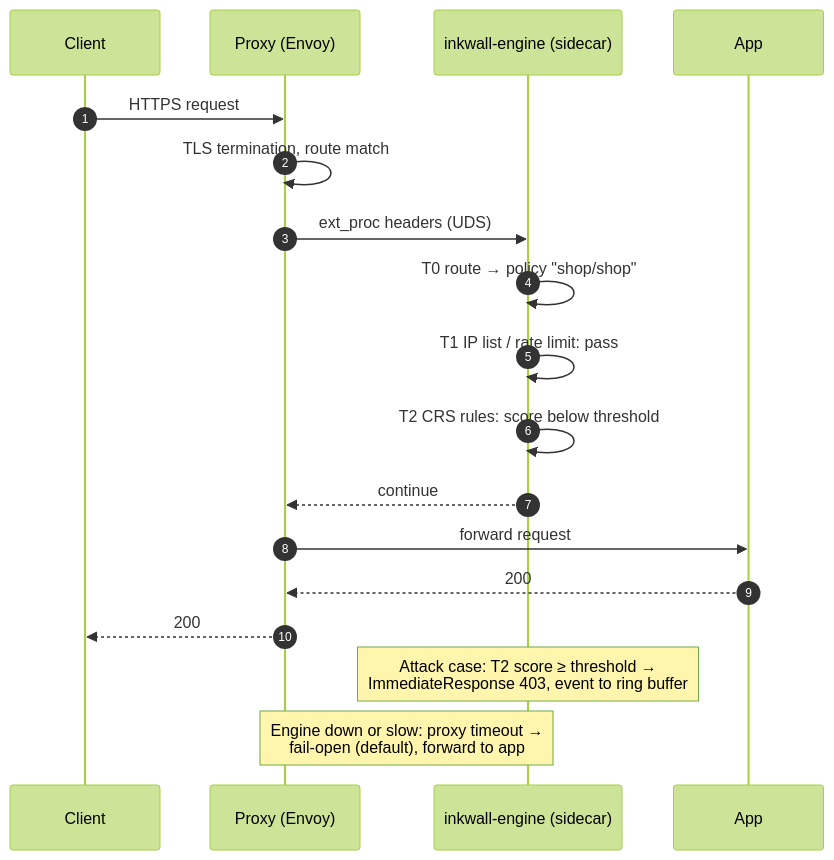
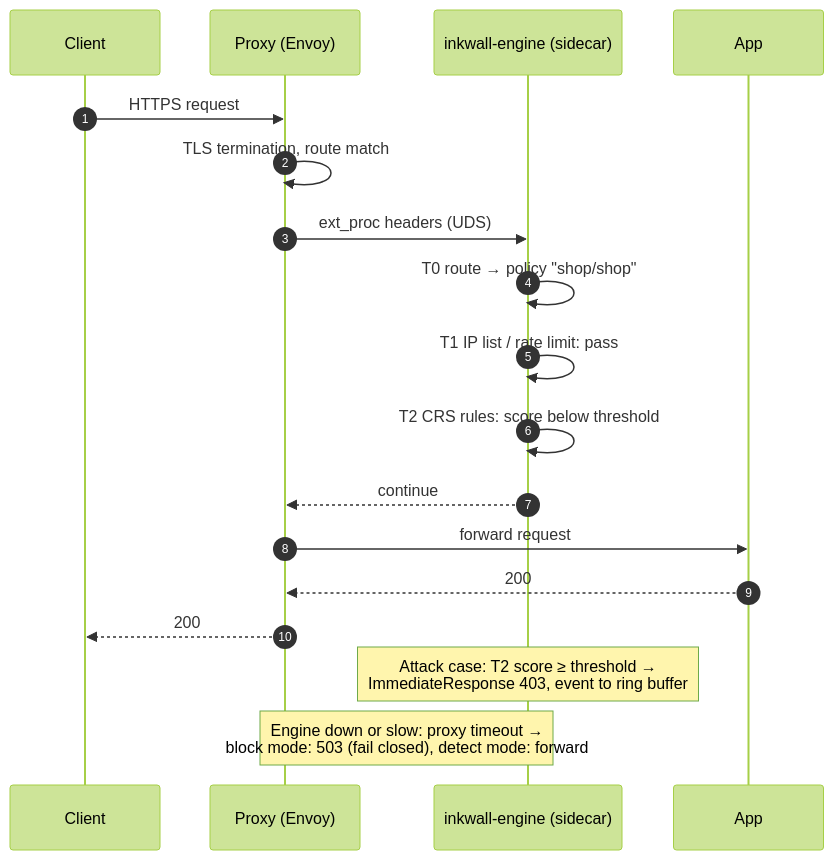
The fourth of 5 diagrams in docs/design/0005-component-map.md (inkwall-dev/inkwall), drawn with Mermaid (forest theme) before and after one commit. The commit also changed other lines of this file and 6 other files, not shown here.

First line of the commit message:
docs: update docs for fail-closed block mode and new limits

````diff
--- a/docs/design/0005-component-map.md
+++ b/docs/design/0005-component-map.md
@@ -175,21 +175,21 @@
 ```mermaid
 sequenceDiagram
     autonumber
     participant C as Client
     participant P as Proxy (Envoy)
     participant E as inkwall-engine (sidecar)
     participant A as App
 
     C->>P: HTTPS request
     P->>P: TLS termination, route match
     P->>E: ext_proc headers (UDS)
     E->>E: T0 route → policy "shop/shop"
     E->>E: T1 IP list / rate limit: pass
     E->>E: T2 CRS rules: score below threshold
     E-->>P: continue
     P->>A: forward request
     A-->>P: 200
     P-->>C: 200
     Note over E: Attack case: T2 score ≥ threshold →<br/>ImmediateResponse 403, event to ring buffer
-    Note over P,E: Engine down or slow: proxy timeout →<br/>fail-open (default), forward to app
+    Note over P,E: Engine down or slow: proxy timeout →<br/>block mode: 503 (fail closed), detect mode: forward
 ```
````
